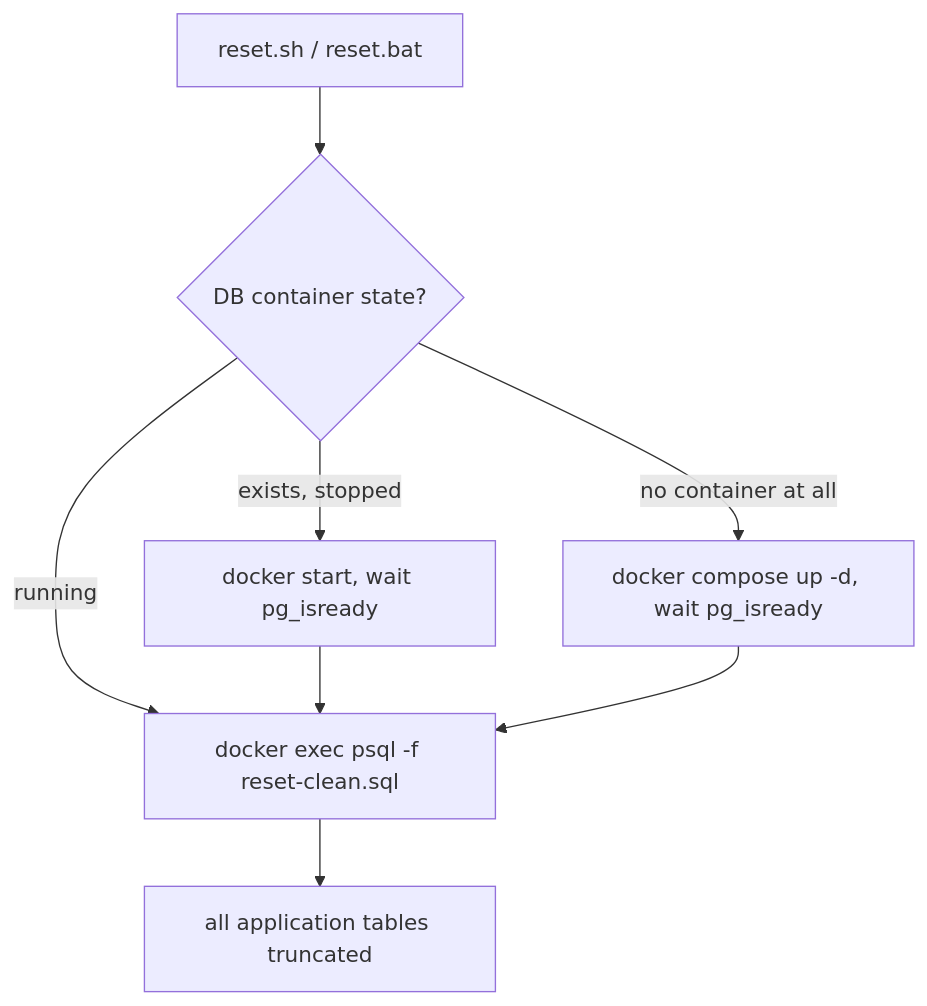
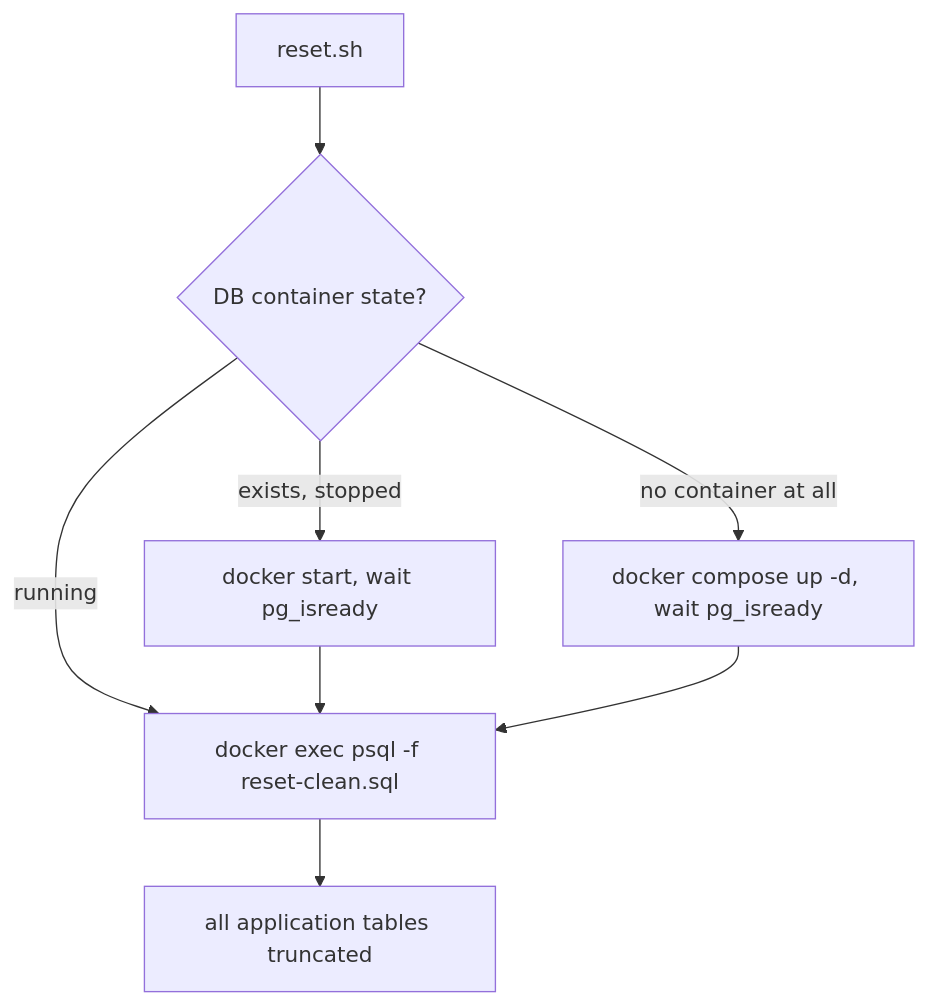
Before and after one commit to OstMutant/Advertisement: the second of 2 diagrams in scripts/deploy-and-run/README.md, drawn with Mermaid. The commit also changed other lines of this file and 79 other files, not shown here.

````diff
--- a/scripts/deploy-and-run/README.md
+++ b/scripts/deploy-and-run/README.md
@@ -61,8 +43,8 @@
 ```mermaid
 flowchart TD
-    R1[reset.sh / reset.bat] --> R2{DB container state?}
+    A[reset.sh] --> R2{DB container state?}
     R2 -->|running| R4[docker exec psql -f reset-clean.sql]
     R2 -->|exists, stopped| R3a[docker start, wait pg_isready] --> R4
     R2 -->|no container at all| R3b[docker compose up -d, wait pg_isready] --> R4
     R4 --> R5[all application tables truncated]
 ```
````
